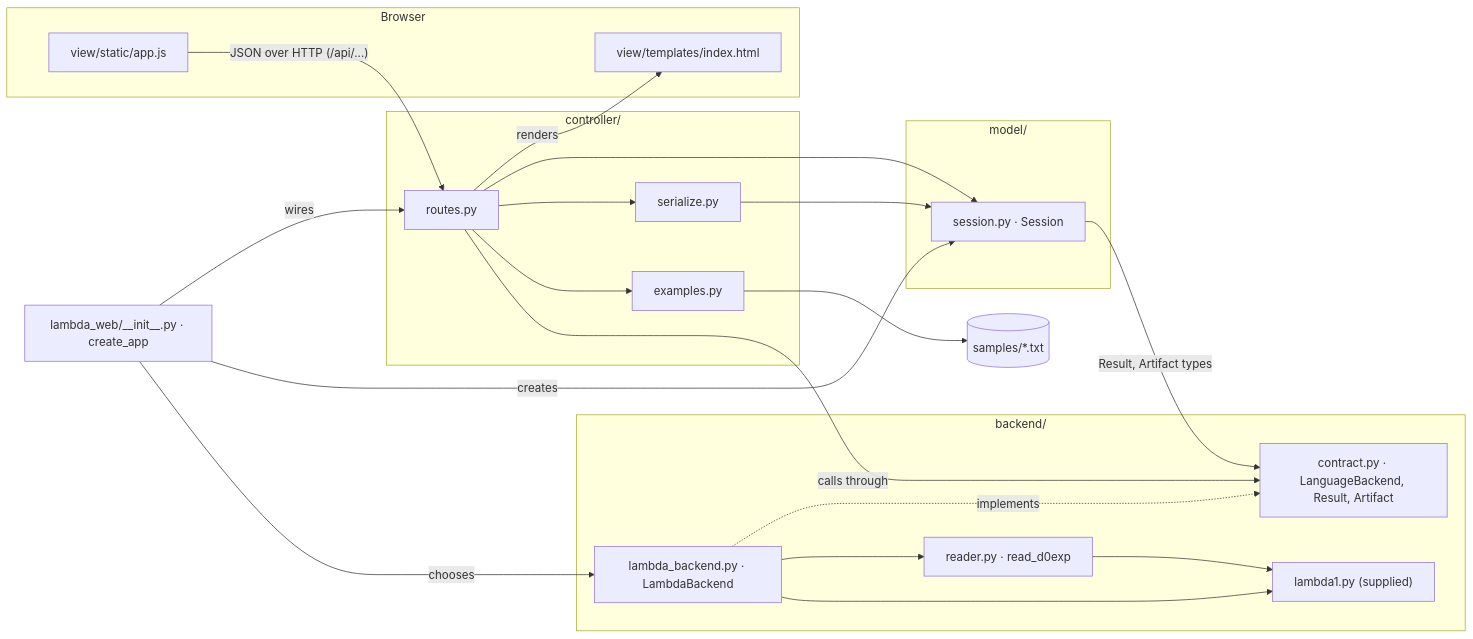
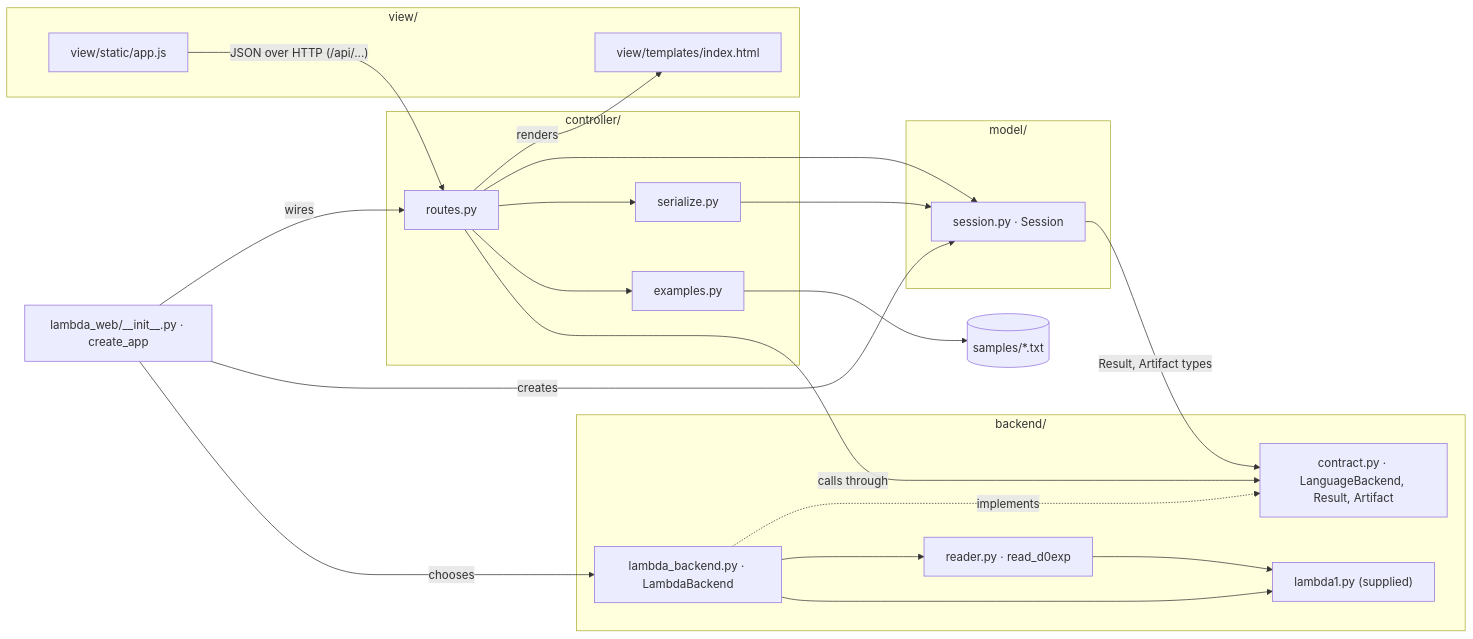
The first of 2 diagrams in assigns/04/MySolution/ARCHITECTURE.md (RobinPena/CS413-2026-Fall-rpena13), drawn with Mermaid before and after one commit. The commit also changed other lines of this file, not shown here.

Commit message:
edits to architecture.md

````diff
--- a/assigns/04/MySolution/ARCHITECTURE.md
+++ b/assigns/04/MySolution/ARCHITECTURE.md
@@ -10,37 +12,37 @@
 ```mermaid
 flowchart LR
-  subgraph Browser
+  subgraph View["view/"]
     JS["view/static/app.js"]
     TPL["view/templates/index.html"]
   end
   subgraph Controller["controller/"]
     R["routes.py"]
     SER["serialize.py"]
     EX["examples.py"]
   end
   subgraph Model["model/"]
     S["session.py · Session"]
   end
   subgraph Backend["backend/"]
     C["contract.py · LanguageBackend, Result, Artifact"]
     LB["lambda_backend.py · LambdaBackend"]
     RD["reader.py · read_d0exp"]
     L1["lambda1.py (supplied)"]
   end
   APP["lambda_web/__init__.py · create_app"]
   SAMPLES[("samples/*.txt")]
 
   JS -- "JSON over HTTP (/api/...)" --> R
   R -- "renders" --> TPL
   R --> S
   R --> SER --> S
   R --> EX --> SAMPLES
   R -- "calls through" --> C
   S -- "Result, Artifact types" --> C
   APP -- "wires" --> R
   APP -- "creates" --> S
   APP -- "chooses" --> LB
   LB -. "implements" .-> C
   LB --> RD --> L1
   LB --> L1
 ```
````
